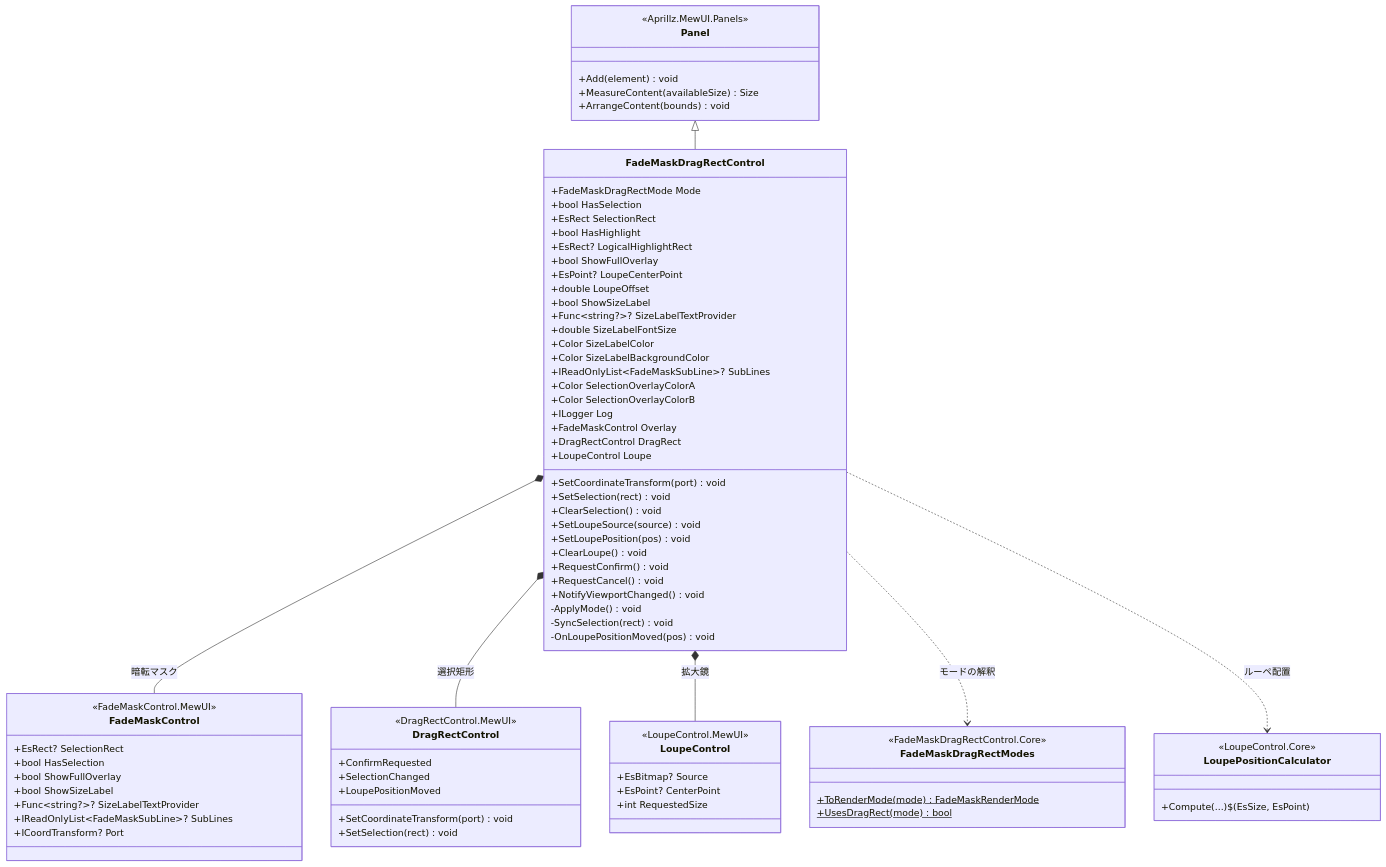
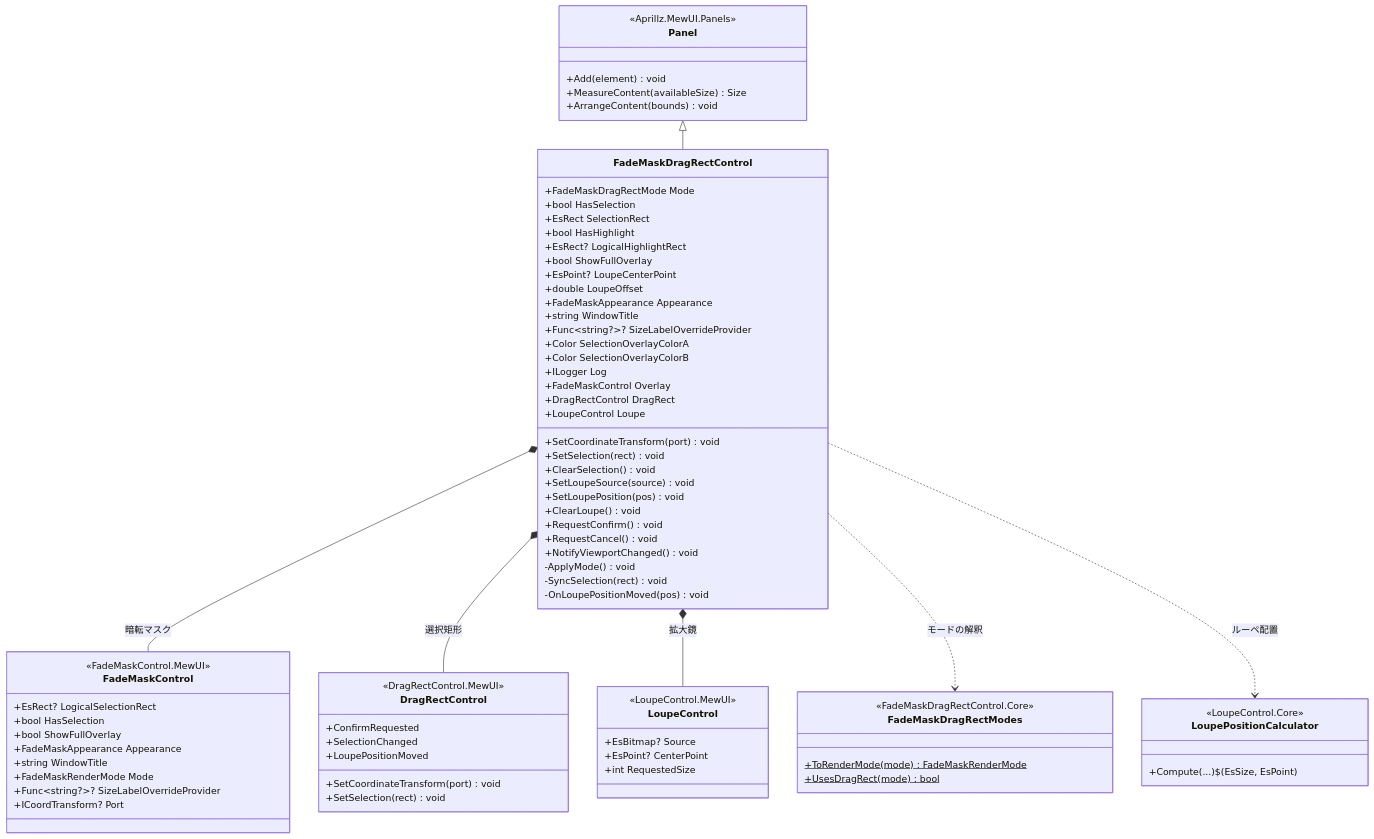
One commit to tomokuni/SaveEvidence changed the first of 4 diagrams in src/FadeMaskDragRectControl.MewUI/SPEC_System.md. Above: the diagram before and after it, drawn with Mermaid. The commit also changed other lines of this file and 63 other files, not shown here.

First line of the commit message:
FadeMaskControlの描画契約を整理

```diff
--- a/src/FadeMaskDragRectControl.MewUI/SPEC_System.md
+++ b/src/FadeMaskDragRectControl.MewUI/SPEC_System.md
@@ -109,12 +109,9 @@
         +bool ShowFullOverlay
         +EsPoint? LoupeCenterPoint
         +double LoupeOffset
-        +bool ShowSizeLabel
-        +Func~string?~? SizeLabelTextProvider
-        +double SizeLabelFontSize
-        +Color SizeLabelColor
-        +Color SizeLabelBackgroundColor
-        +IReadOnlyList~FadeMaskSubLine~? SubLines
+        +FadeMaskAppearance Appearance
+        +string WindowTitle
+        +Func~string?~? SizeLabelOverrideProvider
         +Color SelectionOverlayColorA
         +Color SelectionOverlayColorB
         +ILogger Log
@@ -136,12 +133,13 @@
     }
     class FadeMaskControl {
         <<FadeMaskControl.MewUI>>
-        +EsRect? SelectionRect
+        +EsRect? LogicalSelectionRect
         +bool HasSelection
         +bool ShowFullOverlay
-        +bool ShowSizeLabel
-        +Func~string?~? SizeLabelTextProvider
-        +IReadOnlyList~FadeMaskSubLine~? SubLines
+        +FadeMaskAppearance Appearance
+        +string WindowTitle
+        +FadeMaskRenderMode Mode
+        +Func~string?~? SizeLabelOverrideProvider
         +ICoordTransform? Port
     }
     class DragRectControl {
```
